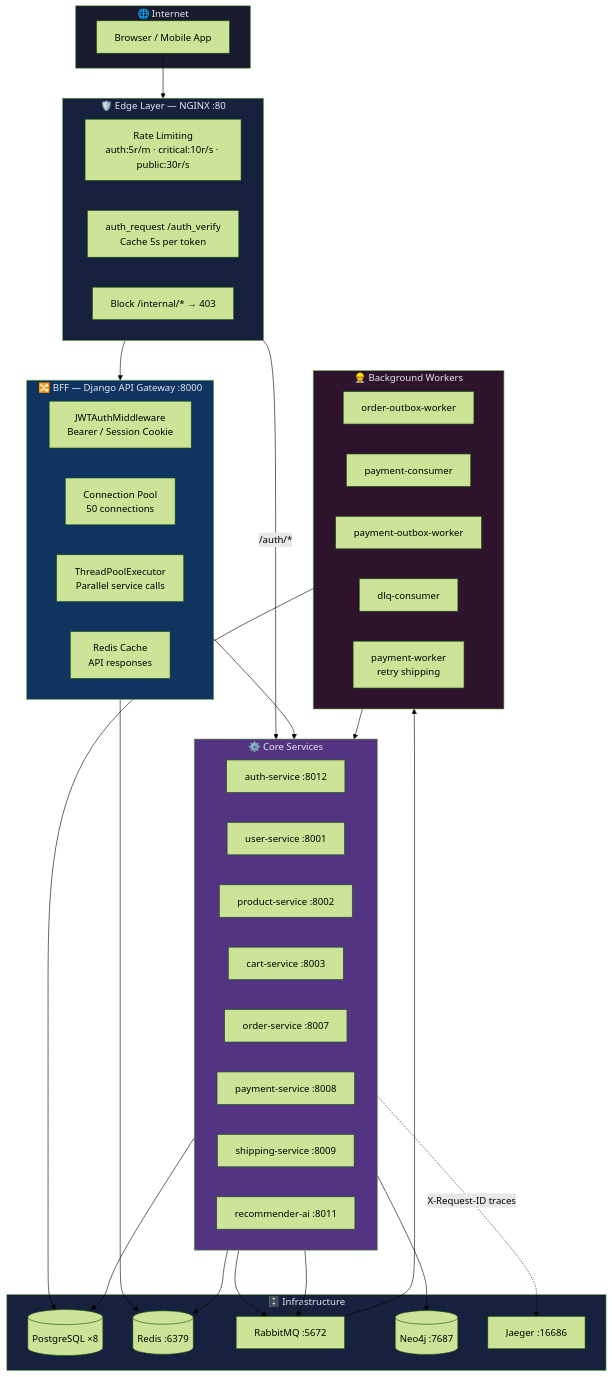
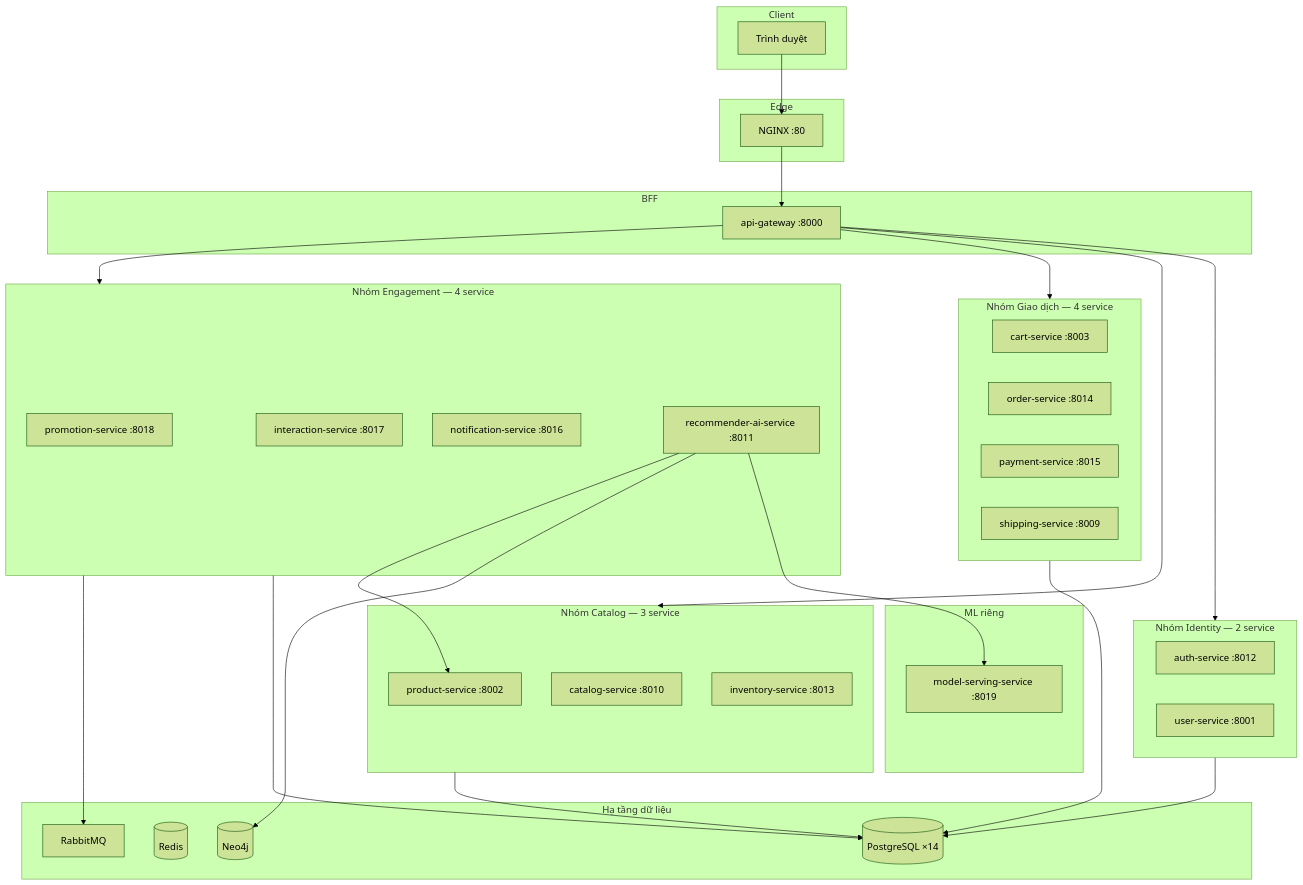
Before and after one commit to minhengdey/bookstore-microservice: the first of 11 diagrams in docs/CHUONG4_TAI_LIEU_TICH_HOP_VA_TRIEN_KHAI.md, drawn with Mermaid (forest theme). The commit also changed other lines of this file and 21 other files, not shown here.

````diff
--- a/docs/CHUONG4_TAI_LIEU_TICH_HOP_VA_TRIEN_KHAI.md
+++ b/docs/CHUONG4_TAI_LIEU_TICH_HOP_VA_TRIEN_KHAI.md
@@ -11,69 +48,55 @@
 ```mermaid
-graph TB
-    subgraph INTERNET["🌐 Internet"]
-        CLI[Browser / Mobile App]
+flowchart TB
+    subgraph Client
+        BR[Trình duyệt]
     end
-
-    subgraph EDGE["🛡️ Edge Layer — NGINX :80"]
-        N_RL[Rate Limiting<br/>auth:5r/m · critical:10r/s · public:30r/s]
-        N_AUTH[auth_request /auth_verify<br/>Cache 5s per token]
-        N_BLOCK[Block /internal/* → 403]
+    subgraph Edge
+        NG[NGINX :80]
     end
-
-    subgraph BFF["🔀 BFF — Django API Gateway :8000"]
-        GW_MW[JWTAuthMiddleware<br/>Bearer / Session Cookie]
-        GW_POOL[Connection Pool<br/>50 connections]
-        GW_PAR[ThreadPoolExecutor<br/>Parallel service calls]
-        GW_CACHE[Redis Cache<br/>API responses]
+    subgraph BFF
+        GW[api-gateway :8000]
     end
-
-    subgraph CORE["⚙️ Core Services"]
-        direction LR
+    subgraph Identity["Nhóm Identity — 2 service"]
         AUTH[auth-service :8012]
         USER[user-service :8001]
+    end
+    subgraph Catalog["Nhóm Catalog — 3 service"]
         PROD[product-service :8002]
+        CAT[catalog-service :8010]
+        INV[inventory-service :8013]
+    end
+    subgraph Transaction["Nhóm Giao dịch — 4 service"]
         CART[cart-service :8003]
-        ORD[order-service :8007]
-        PAY[payment-service :8008]
+        ORD[order-service :8014]
+        PAY[payment-service :8015]
         SHIP[shipping-service :8009]
-        REC[recommender-ai :8011]
     end
-
-    subgraph WORKERS["👷 Background Workers"]
-        W1[order-outbox-worker]
-        W2[payment-consumer]
-        W3[payment-outbox-worker]
-        W4[dlq-consumer]
-        W5[payment-worker<br/>retry shipping]
+    subgraph Engagement["Nhóm Engagement — 4 service"]
+        PROM[promotion-service :8018]
+        INT[interaction-service :8017]
+        NOTIF[notification-service :8016]
+        REC[recommender-ai-service :8011]
     end
-
-    subgraph INFRA["🗄️ Infrastructure"]
-        PG[(PostgreSQL ×8)]
-        REDIS[(Redis :6379)]
-        MQ[RabbitMQ :5672]
-        NEO[(Neo4j :7687)]
-        JAE[Jaeger :16686]
+    subgraph ML["ML riêng"]
+        MS[model-serving-service :8019]
     end
-
-    CLI --> EDGE
-    EDGE --> BFF
-    EDGE -->|/auth/*| AUTH
-    BFF --> CORE
-    CORE --> PG
-    PROD --> REDIS
-    BFF --> REDIS
-    ORD --> MQ
-    PAY --> MQ
-    MQ --> WORKERS
-    WORKERS --> PG
-    WORKERS --> SHIP
-    REC --> NEO
-    CORE -.->|X-Request-ID traces| JAE
-
-    style INTERNET fill:#1a1a2e,color:#e8e8f0
-    style EDGE fill:#16213e,color:#e8e8f0
-    style BFF fill:#0f3460,color:#e8e8f0
-    style CORE fill:#533483,color:#e8e8f0
-    style WORKERS fill:#2d132c,color:#e8e8f0
-    style INFRA fill:#16213e,color:#e8e8f0
+    subgraph Data["Hạ tầng dữ liệu"]
+        PG[(PostgreSQL ×14)]
+        RD[(Redis)]
+        MQ[RabbitMQ]
+        N4J[(Neo4j)]
+    end
+    BR --> NG --> GW
+    GW --> Identity
+    GW --> Catalog
+    GW --> Transaction
+    GW --> Engagement
+    REC --> MS
+    REC --> N4J
+    REC --> PROD
+    Transaction --> PG
+    Engagement --> PG
+    Engagement --> MQ
+    Identity --> PG
+    Catalog --> PG
 ```
````
